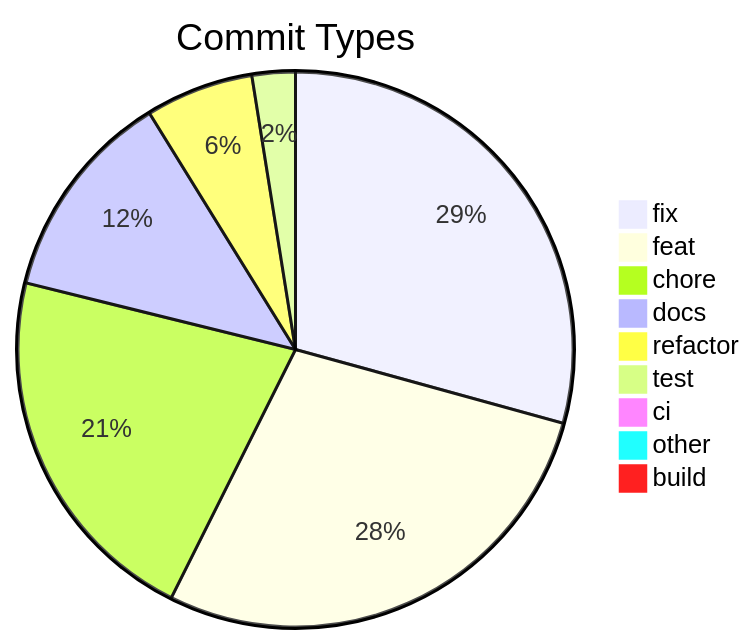
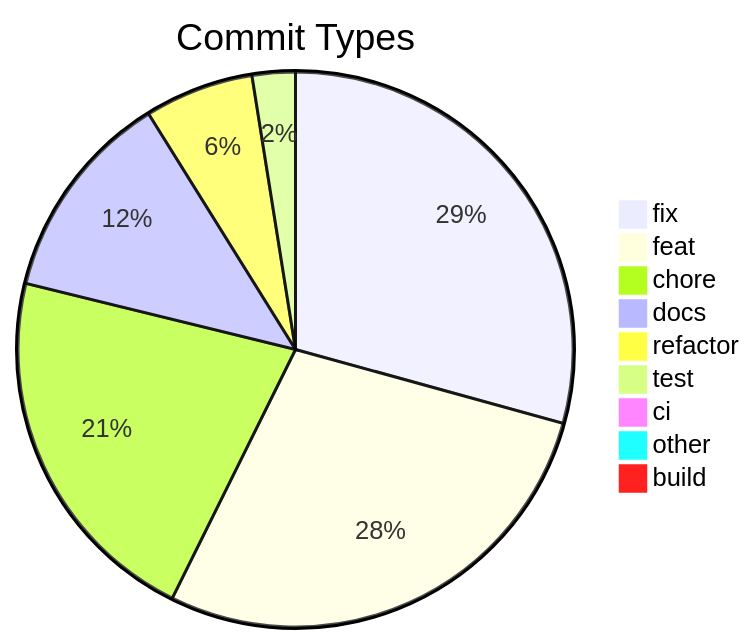
One commit to svenroth-ai/shipwright changed the diagram in .shipwright/compliance/change-history.md. Above: the diagram before and after it, drawn with Mermaid. The commit also changed other lines of this file and 9 other files, not shown here.

````diff
--- a/.shipwright/compliance/change-history.md
+++ b/.shipwright/compliance/change-history.md
@@ -8,12 +8,12 @@
 ```mermaid
 pie title Commit Types
-    "fix" : 349
+    "fix" : 350
     "feat" : 335
-    "chore" : 256
+    "chore" : 257
     "docs" : 147
-    "refactor" : 75
+    "refactor" : 76
     "test" : 30
     "ci" : 11
     "other" : 9
     "build" : 1
 ```
````
